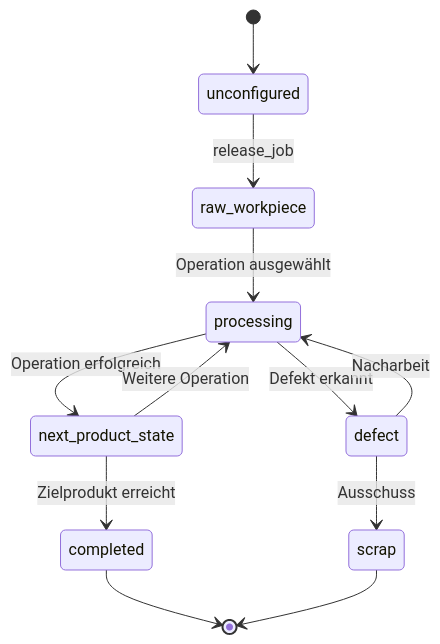
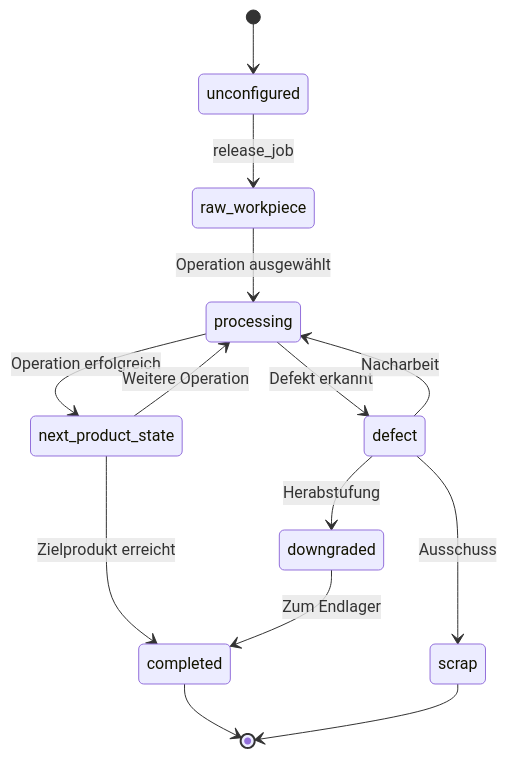
One commit to ghackenberg/SpineML changed the first of 14 diagrams in README.md. Above: the diagram before and after it, drawn with Mermaid. The commit also changed other lines of this file, not shown here.

Commit message:
Show downgraded jobs in UML diagram

````diff
--- a/README.md
+++ b/README.md
@@ -161,14 +161,16 @@
 ```mermaid
 stateDiagram-v2
     [*] --> unconfigured
     unconfigured --> raw_workpiece: release_job
     raw_workpiece --> processing: Operation ausgewählt
     processing --> next_product_state: Operation erfolgreich
     next_product_state --> processing: Weitere Operation
     processing --> defect: Defekt erkannt
     defect --> processing: Nacharbeit
     defect --> scrap: Ausschuss
+    defect --> downgraded: Herabstufung
     next_product_state --> completed: Zielprodukt erreicht
+    downgraded --> completed: Zum Endlager
     completed --> [*]
     scrap --> [*]
 ```
````
